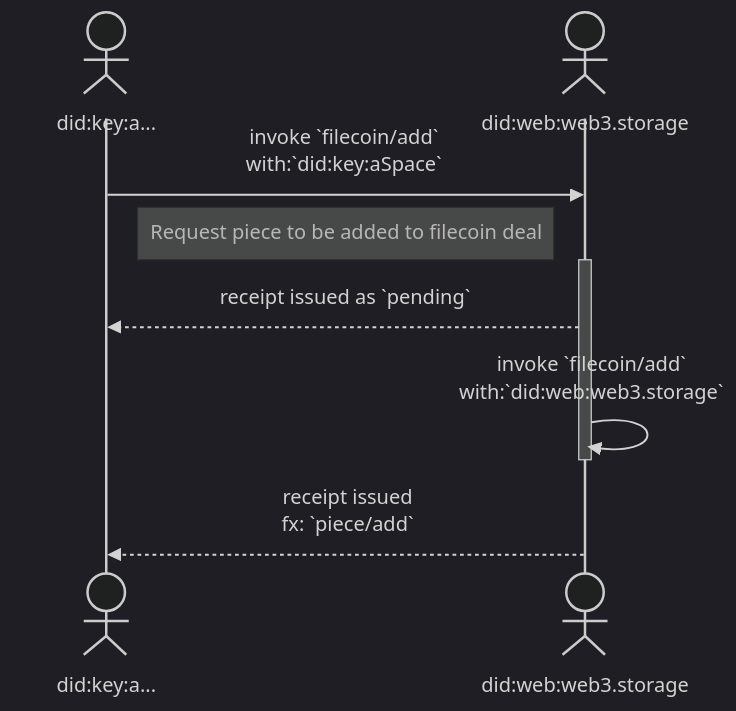
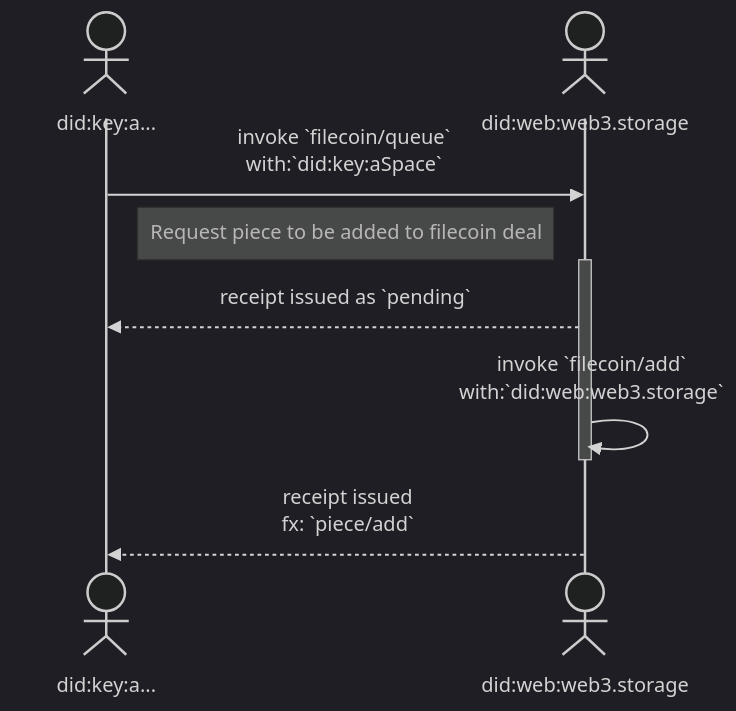
The first of 4 diagrams in w3-filecoin.md (storacha/specs), drawn with Mermaid (dark theme) before and after one commit. The commit also changed other lines of this file, not shown here.

First line of the commit message:
fix: w3filecoin spec separate capabilities to queue and dequeue (#73)

````diff
--- a/w3-filecoin.md
+++ b/w3-filecoin.md
@@ -79,13 +79,13 @@
 ```mermaid
 sequenceDiagram
     actor Agent as <br/><br/>did:key:a...
     actor Storefront as <br/><br/>did:web:web3.storage
 
-    Agent->>Storefront: invoke `filecoin/add`<br>with:`did:key:aSpace`
+    Agent->>Storefront: invoke `filecoin/queue`<br>with:`did:key:aSpace`
     Note left of Storefront: Request piece to be added to filecoin deal
     activate Storefront
     Storefront-->>Agent: receipt issued as `pending`
     Storefront->>Storefront: invoke `filecoin/add`<br>with:`did:web:web3.storage`
     deactivate Storefront
     Storefront-->>Agent: receipt issued<br>fx: `piece/add`
 ```
````
